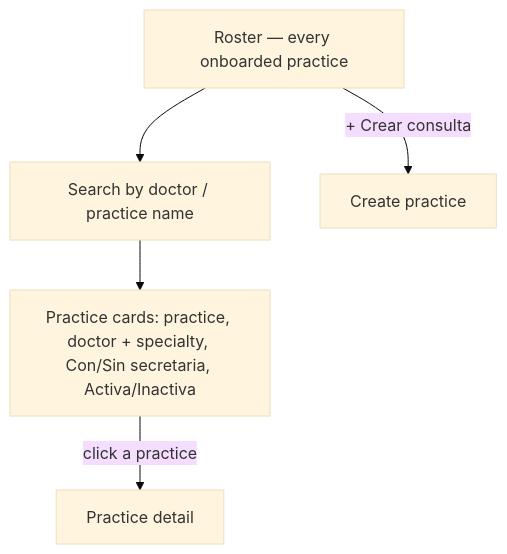
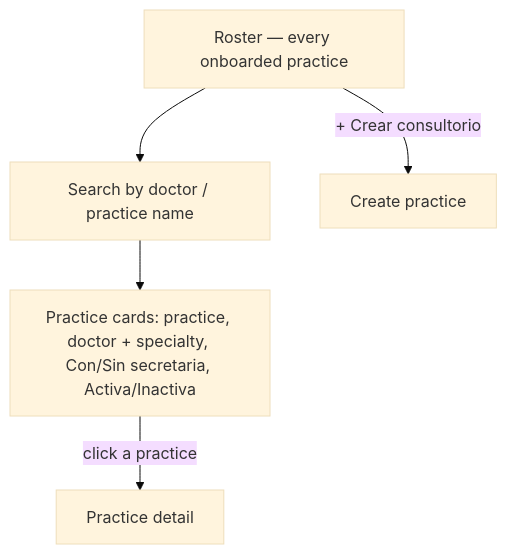
Before and after one commit to DaleneyRuben/alivia: the first of 5 diagrams in docs/flows/admin.md, drawn with Mermaid (base theme). The commit also changed other lines of this file and 2 other files, not shown here.

Commit message:
rename admin create practice label to consultorio

````diff
--- a/docs/flows/admin.md
+++ b/docs/flows/admin.md
@@ -11,7 +11,7 @@
 ```mermaid
 flowchart TD
     R["Roster — every onboarded practice"] --> Search["Search by doctor / practice name"]
     Search --> Cards["Practice cards: practice, doctor + specialty, Con/Sin secretaria, Activa/Inactiva"]
     Cards -->|"click a practice"| Detail["Practice detail"]
-    R -->|"+ Crear consulta"| Create["Create practice"]
+    R -->|"+ Crear consultorio"| Create["Create practice"]
 ```
````
